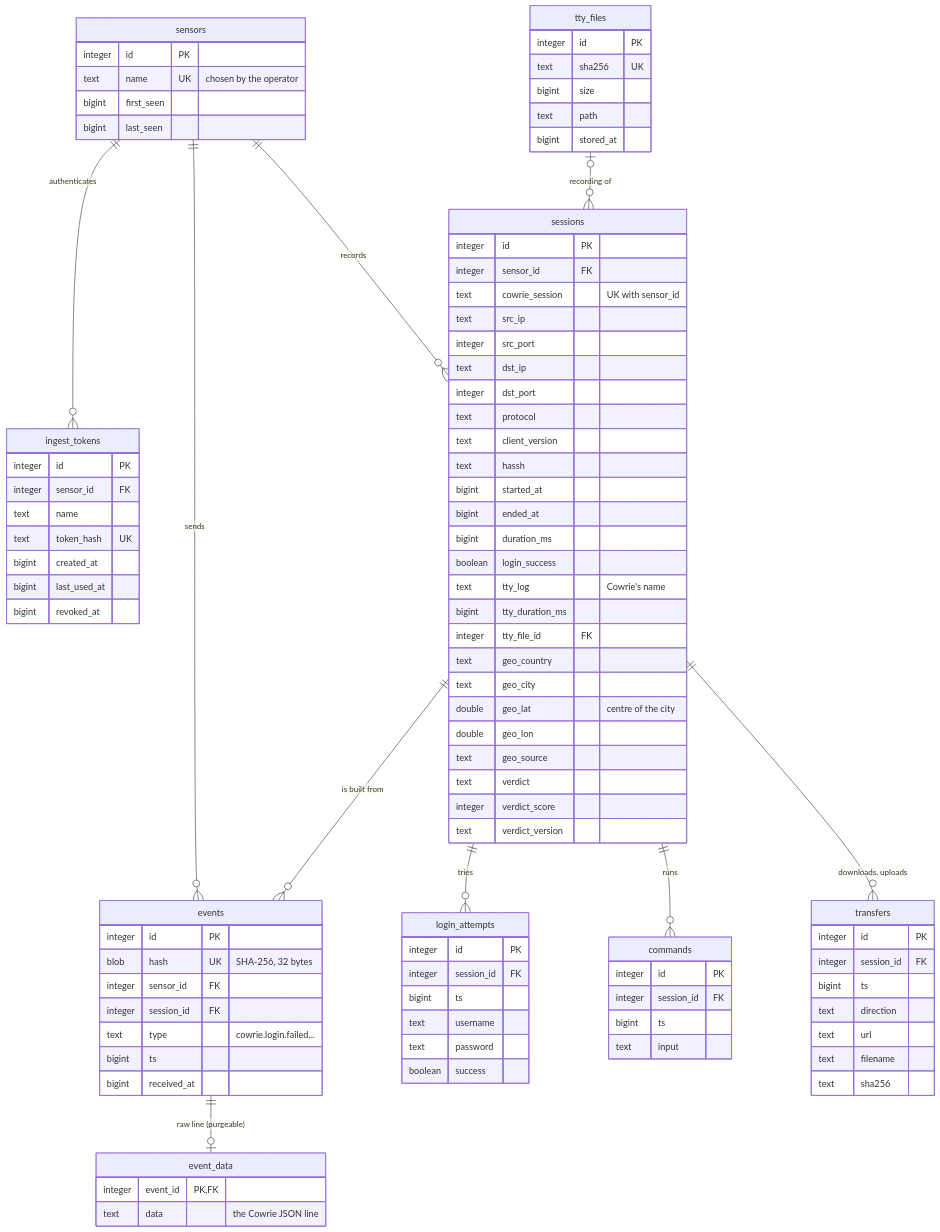
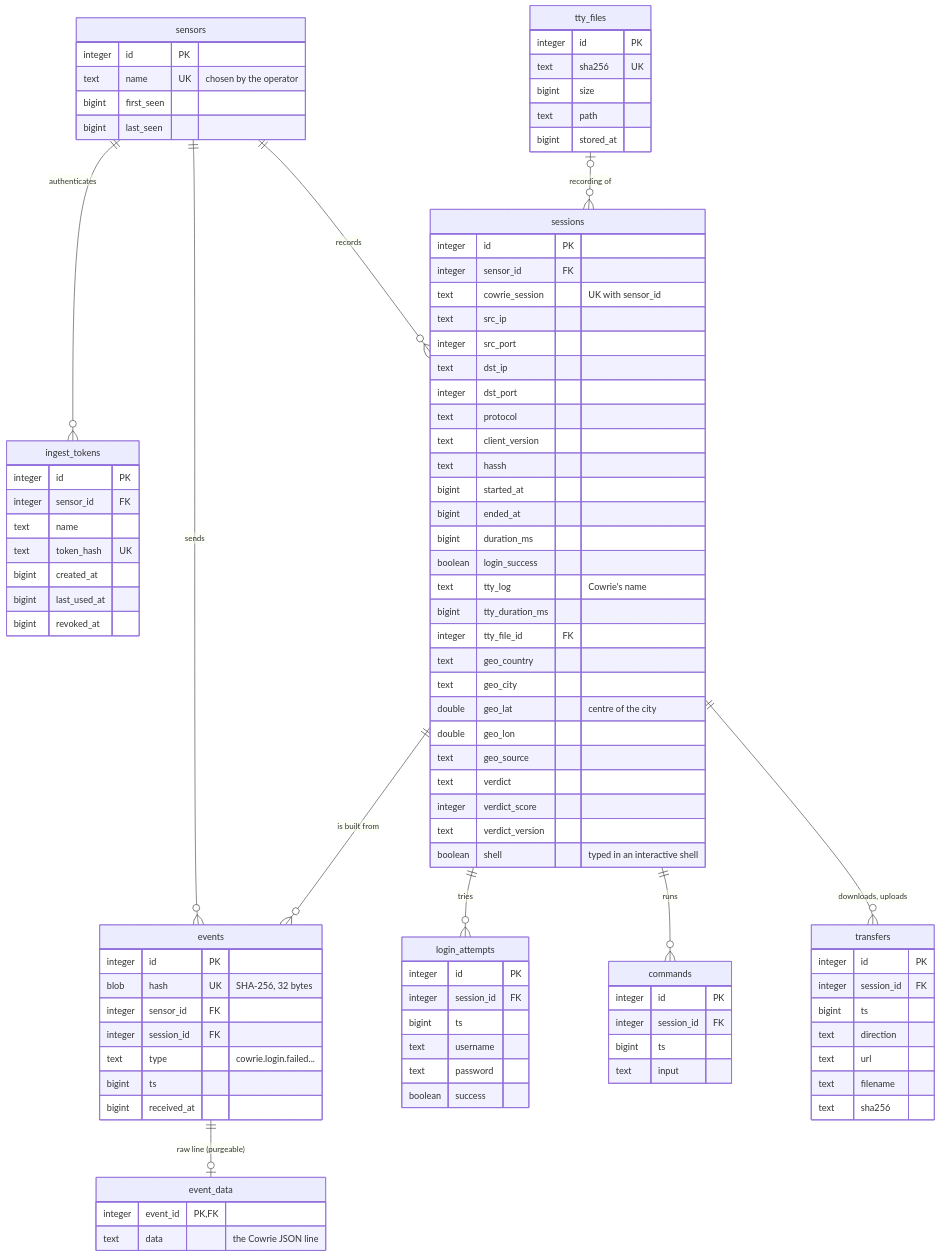
Before and after one commit to devleesch001/cauri: the first of 2 diagrams in docs/db.md, drawn with Mermaid. The commit also changed other lines of this file and 14 other files, not shown here.

First line of the commit message:
feat(store): store whether a session typed in an interactive shell

```diff
--- a/docs/db.md
+++ b/docs/db.md
@@ -106,6 +106,7 @@
         text verdict
         integer verdict_score
         text verdict_version
+        boolean shell "typed in an interactive shell"
     }
     events {
         integer id PK
```
